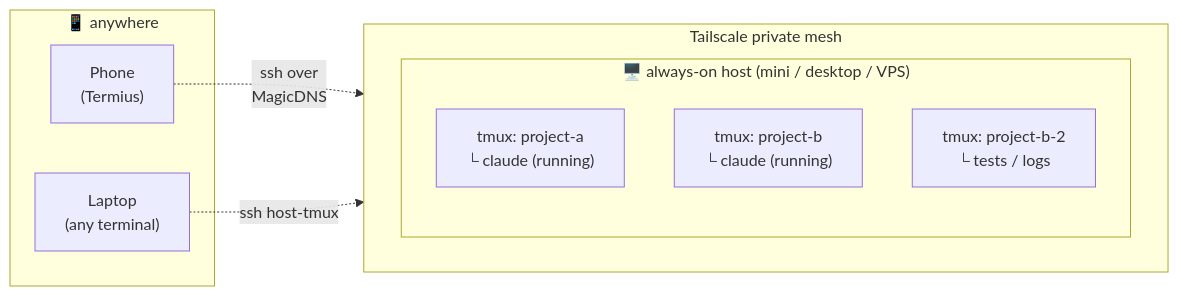
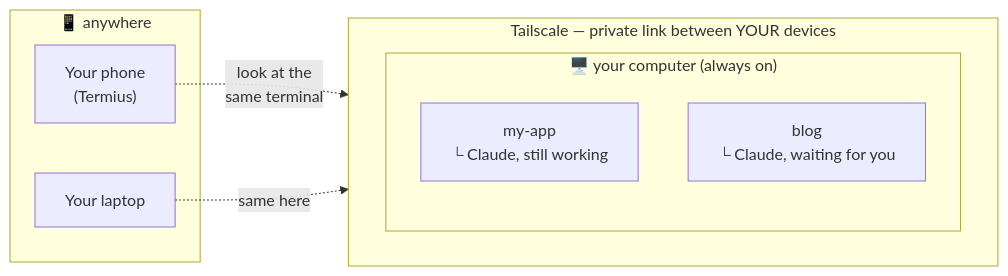
One commit to garavitgabriel/claude-remote-kit changed the diagram in README.md. Above: the diagram before and after it, drawn with Mermaid. The commit also changed other lines of this file, not shown here.

Commit message:
readme: rewrite for non-technical readers — lead with the magic, plain-words explanations, technical depth folded into collapsibles

````diff
--- a/README.md
+++ b/README.md
@@ -32,18 +48,17 @@
 ```mermaid
 flowchart LR
     subgraph anywhere["📱 anywhere"]
-        phone["Phone<br/>(Termius)"]
-        laptop["Laptop<br/>(any terminal)"]
+        phone["Your phone<br/>(Termius)"]
+        laptop["Your laptop"]
     end
-    subgraph tailnet["Tailscale private mesh"]
+    subgraph tailnet["Tailscale — private link between YOUR devices"]
         direction LR
-        phone -. "ssh over<br/>MagicDNS" .-> host
-        laptop -. "ssh host-tmux" .-> host
+        phone -. "look at the<br/>same terminal" .-> host
+        laptop -. "same here" .-> host
     end
-    subgraph host["🖥️ always-on host (mini / desktop / VPS)"]
+    subgraph host["🖥️ your computer (always on)"]
         direction TB
-        t1["tmux: project-a<br/>└ claude (running)"]
-        t2["tmux: project-b<br/>└ claude (running)"]
-        t3["tmux: project-b-2<br/>└ tests / logs"]
+        t1["my-app<br/>└ Claude, still working"]
+        t2["blog<br/>└ Claude, waiting for you"]
     end
 ```
````
